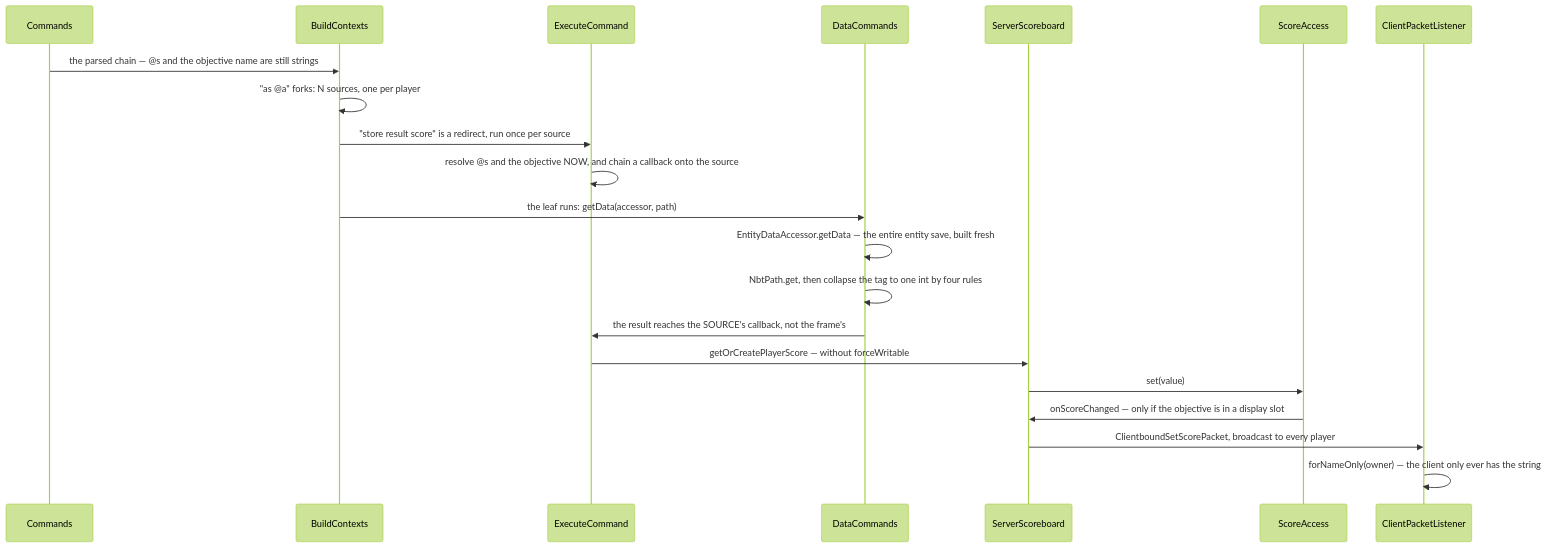
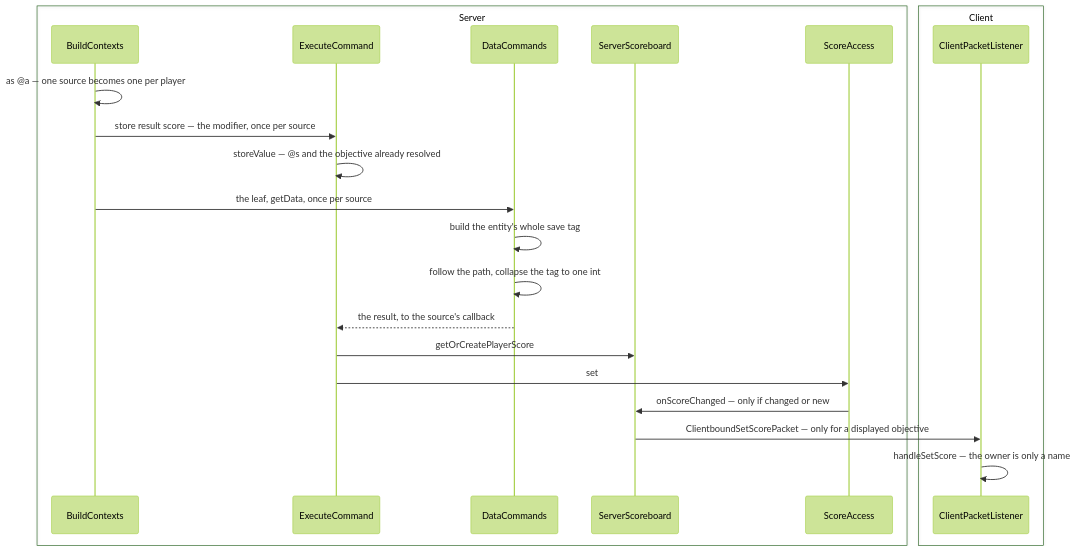
One commit to AlexanderjFraser/MinecraftDocs changed the diagram in src/systems/commands/scoreboard-and-data.md. Above: the diagram before and after it, drawn with Mermaid (forest theme). The commit also changed other lines of this file and 16 other files, not shown here.

````diff
--- a/src/systems/commands/scoreboard-and-data.md
+++ b/src/systems/commands/scoreboard-and-data.md
@@ -61,24 +65,26 @@
 ```mermaid
 sequenceDiagram
-    participant Cmds as Commands
+    box Server
     participant BC as BuildContexts
     participant ExecC as ExecuteCommand
     participant DataC as DataCommands
     participant SS as ServerScoreboard
     participant SA as ScoreAccess
+    end
+    box Client
     participant CPL as ClientPacketListener
+    end
 
-    Cmds->>BC: the parsed chain — @s and the objective name are still strings
-    BC->>BC: "as @a" forks: N sources, one per player
-    BC->>ExecC: "store result score" is a redirect, run once per source
-    ExecC->>ExecC: resolve @s and the objective NOW, and chain a callback onto the source
-    BC->>DataC: the leaf runs: getData(accessor, path)
-    DataC->>DataC: EntityDataAccessor.getData — the entire entity save, built fresh
-    DataC->>DataC: NbtPath.get, then collapse the tag to one int by four rules
-    DataC->>ExecC: the result reaches the SOURCE's callback, not the frame's
-    ExecC->>SS: getOrCreatePlayerScore — without forceWritable
-    SS->>SA: set(value)
-    SA->>SS: onScoreChanged — only if the objective is in a display slot
-    SS->>CPL: ClientboundSetScorePacket, broadcast to every player
-    CPL->>CPL: forNameOnly(owner) — the client only ever has the string
+    BC->>BC: as @a — one source becomes one per player
+    BC->>ExecC: store result score — the modifier, once per source
+    ExecC->>ExecC: storeValue — @s and the objective already resolved
+    BC->>DataC: the leaf, getData, once per source
+    DataC->>DataC: build the entity's whole save tag
+    DataC->>DataC: follow the path, collapse the tag to one int
+    DataC-->>ExecC: the result, to the source's callback
+    ExecC->>SS: getOrCreatePlayerScore
+    ExecC->>SA: set
+    SA->>SS: onScoreChanged — only if changed or new
+    SS->>CPL: ClientboundSetScorePacket — only for a displayed objective
+    CPL->>CPL: handleSetScore — the owner is only a name
 ```
````
